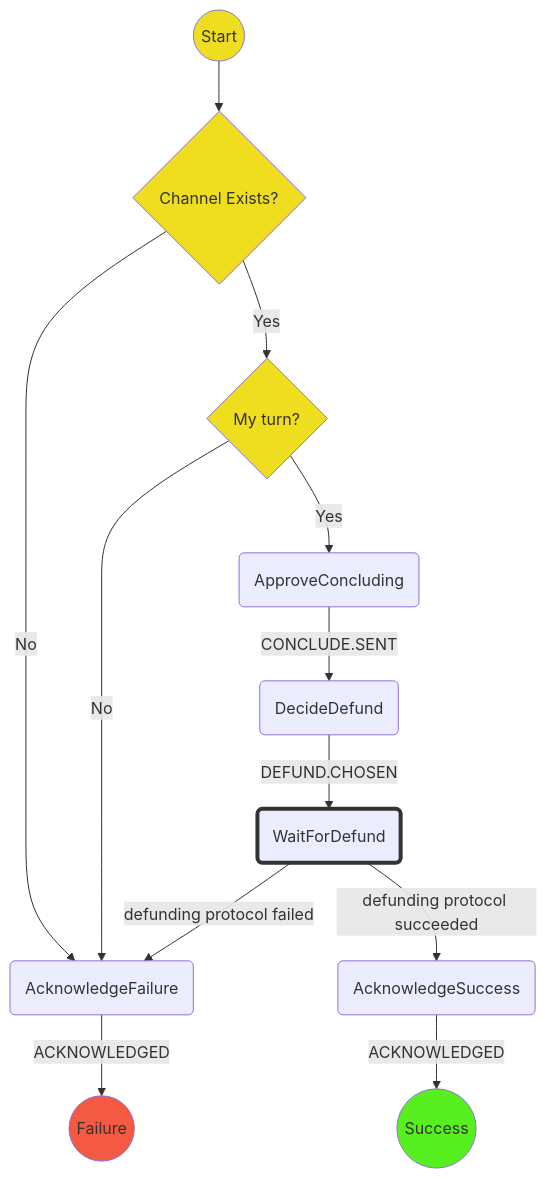
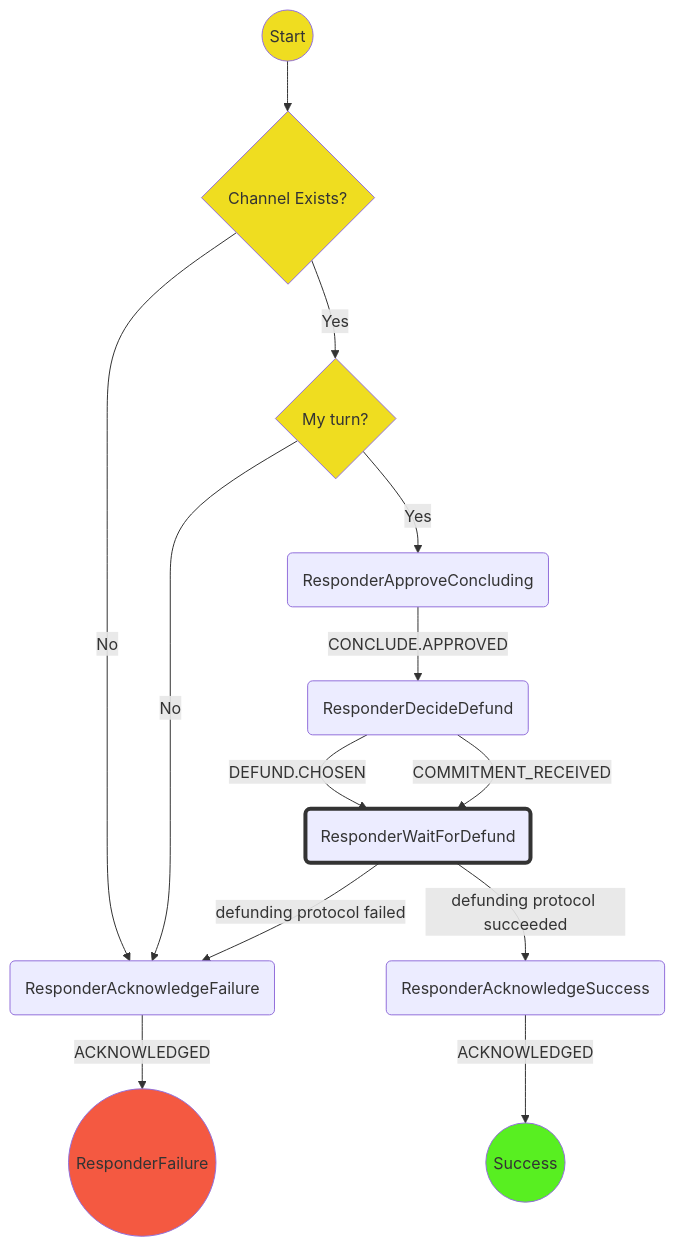
The diagram in packages/wallet/packages/wallet/src/redux/protocols/concluding/responder/readme.md (statechannels/statechannels), drawn with Mermaid before and after one commit. The commit also changed other lines of this file and 76 other files, not shown here.

````diff
--- a/packages/wallet/packages/wallet/src/redux/protocols/concluding/responder/readme.md
+++ b/packages/wallet/packages/wallet/src/redux/protocols/concluding/responder/readme.md
@@ -21,20 +21,22 @@
 ```mermaid
 graph TD
+linkStyle default interpolate basis
   S((Start)) --> E{Channel Exists?}
-  E --> |No| AF(AcknowledgeFailure)
-  AF -->|ACKNOWLEDGED| F((Failure))
+  E --> |No| AF(ResponderAcknowledgeFailure)
+  AF -->|ACKNOWLEDGED| F((ResponderFailure))
   E --> |Yes| MT{My turn?}
-  MT  --> |Yes| CC(ApproveConcluding)
-  MT  --> |No| AF(AcknowledgeFailure)
-  CC  --> |CONCLUDE.SENT| DD(DecideDefund)
-  DD --> |DEFUND.CHOSEN| D(WaitForDefund)
-  D   --> |defunding protocol succeeded| AS(AcknowledgeSuccess)
+  MT  --> |Yes| CC(ResponderApproveConcluding)
+  MT  --> |No| AF(ResponderAcknowledgeFailure)
+  CC  --> |CONCLUDE.APPROVED| DD(ResponderDecideDefund)
+  DD --> |DEFUND.CHOSEN| D(ResponderWaitForDefund)
+  DD --> |COMMITMENT_RECEIVED| D(ResponderWaitForDefund)
+  D   --> |defunding protocol succeeded| AS(ResponderAcknowledgeSuccess)
   AS -->  |ACKNOWLEDGED| SS((Success))
-  D   --> |defunding protocol failed| AF(AcknowledgeFailure)
+  D   --> |defunding protocol failed| AF(ResponderAcknowledgeFailure)
   style S  fill:#efdd20
   style E  fill:#efdd20
   style MT fill:#efdd20
   style SS fill:#58ef21
   style F  fill:#f45941
   style D stroke:#333,stroke-width:4px
 ```
````
